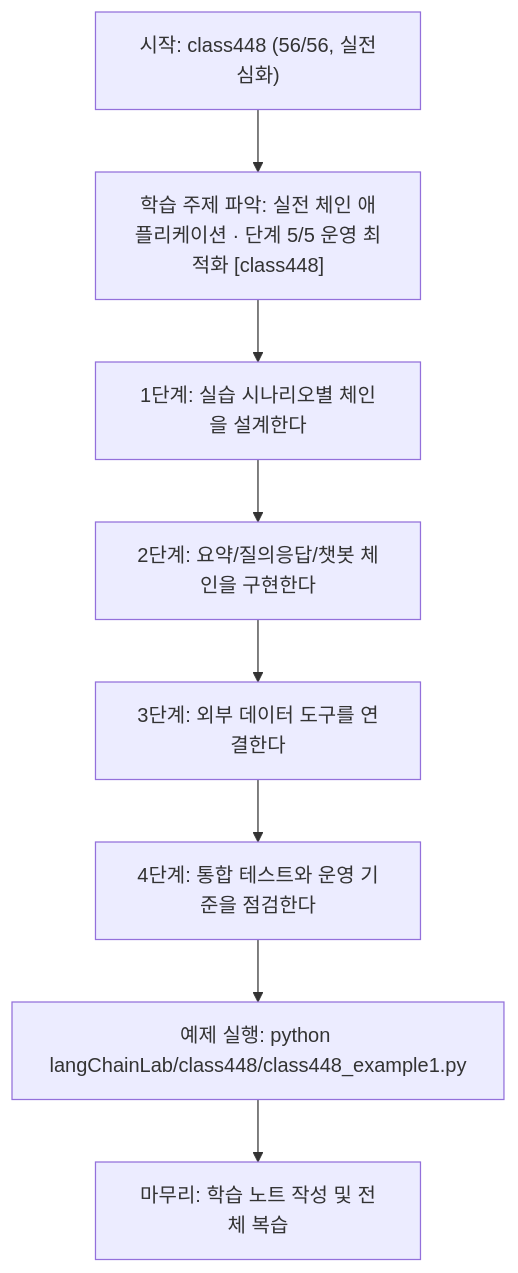
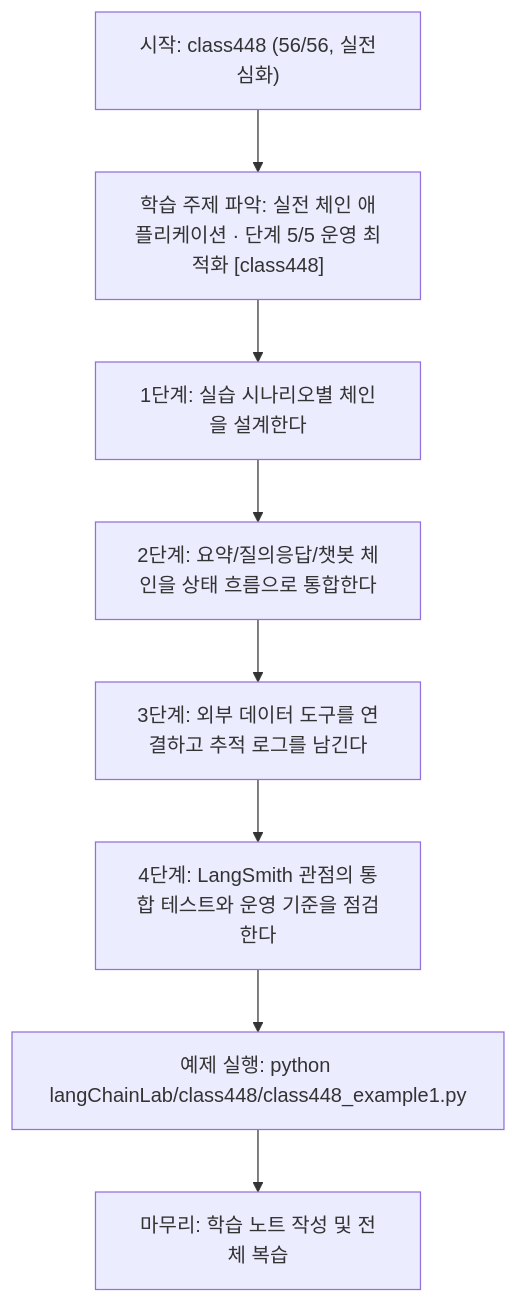
Before and after one commit to edumgt/Python-AI_Agent-Class: the diagram in langChainLab/class448/class448.md, drawn with Mermaid. The commit also changed other lines of this file and 344 other files, not shown here.

````diff
--- a/langChainLab/class448/class448.md
+++ b/langChainLab/class448/class448.md
@@ -91,18 +91,18 @@
 ```mermaid
 flowchart TD
 N1["시작: class448 (56/56, 실전심화)"]
 N2["학습 주제 파악: 실전 체인 애플리케이션 · 단계 5/5 운영 최적화 [class448]"]
 N3["1단계: 실습 시나리오별 체인을 설계한다"]
-N4["2단계: 요약/질의응답/챗봇 체인을 구현한다"]
-N5["3단계: 외부 데이터 도구를 연결한다"]
-N6["4단계: 통합 테스트와 운영 기준을 점검한다"]
+N4["2단계: 요약/질의응답/챗봇 체인을 상태 흐름으로 통합한다"]
+N5["3단계: 외부 데이터 도구를 연결하고 추적 로그를 남긴다"]
+N6["4단계: LangSmith 관점의 통합 테스트와 운영 기준을 점검한다"]
 N7["예제 실행: python langChainLab/class448/class448_example1.py"]
 N8["마무리: 학습 노트 작성 및 전체 복습"]
 N1 --> N2
 N2 --> N3
 N3 --> N4
 N4 --> N5
 N5 --> N6
 N6 --> N7
 N7 --> N8
 ```
````
